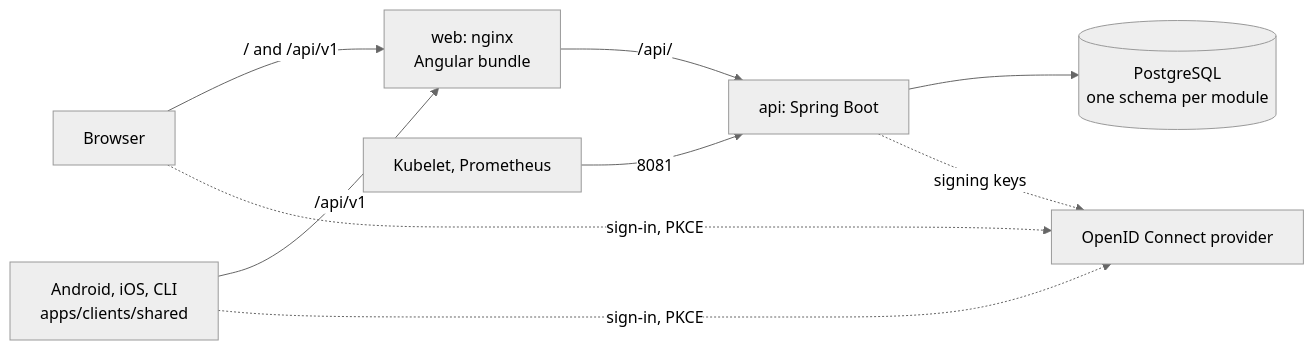
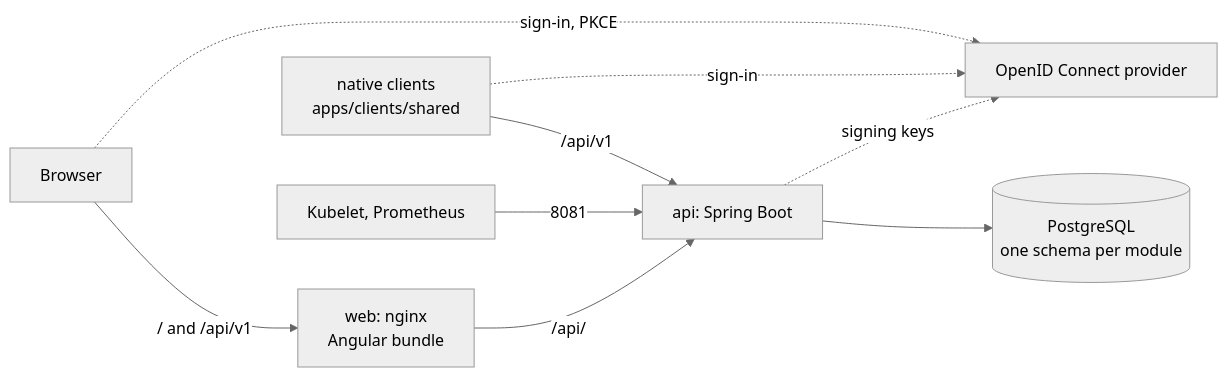
One commit to ylepalud/skeleton-apps changed the diagram in docs/architecture/overview.md. Above: the diagram before and after it, drawn with Mermaid (neutral theme). The commit also changed other lines of this file and 54 other files, not shown here.

````diff
--- a/docs/architecture/overview.md
+++ b/docs/architecture/overview.md
@@ -5,11 +5,15 @@
 ```mermaid
 flowchart LR
+  %% client:web:start
   browser[Browser] -->|/ and /api/v1| web[web: nginx<br/>Angular bundle]
-  native[Android, iOS, CLI<br/>apps/clients/shared] -->|/api/v1| web
   web -->|/api/| api[api: Spring Boot]
+  browser -.->|sign-in, PKCE| idp[OpenID Connect provider]
+  %% client:web:end
+  %% client:native:start
+  native[native clients<br/>apps/clients/shared] -->|/api/v1| api[api: Spring Boot]
+  native -.->|sign-in| idp[OpenID Connect provider]
+  %% client:native:end
   api --> db[(PostgreSQL<br/>one schema per module)]
-  browser -.->|sign-in, PKCE| idp[OpenID Connect provider]
-  native -.->|sign-in, PKCE| idp
   api -.->|signing keys| idp
   probes[Kubelet, Prometheus] -->|8081| api
 ```
````
